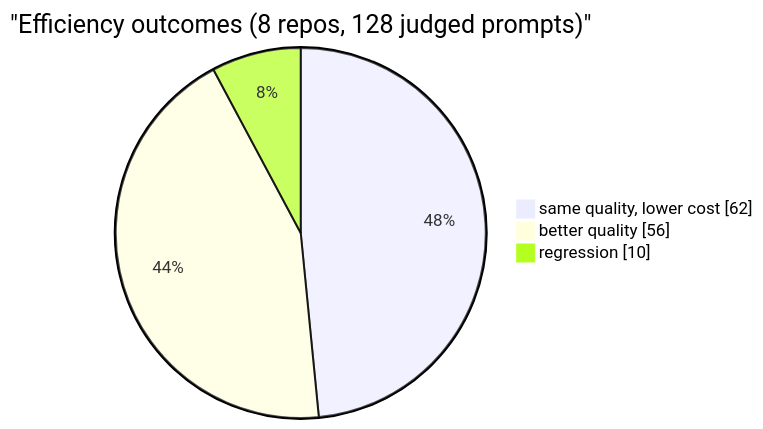
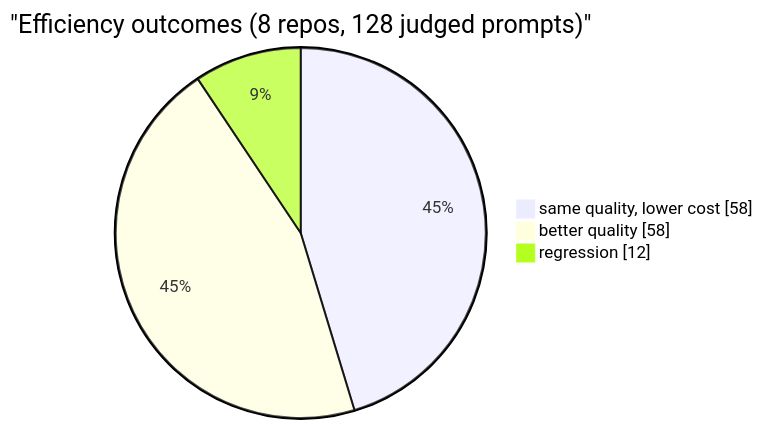
One commit to siropkin/budi changed the second of 2 diagrams in README.md. Above: the diagram before and after it, drawn with Mermaid. The commit also changed other lines of this file and 1 other file, not shown here.

Commit message:
Align benchmark numbers in README and docs with latest validated results.
91% non-regression rate across 128 judged prompts (was 92%/89% inconsistent).
Updated per-repo numbers and pie chart to reflect v3.0.0 validated state.

````diff
--- a/README.md
+++ b/README.md
@@ -46,7 +46,7 @@
 ```mermaid
 pie showData
     title "Efficiency outcomes (8 repos, 128 judged prompts)"
-    "same quality, lower cost" : 62
-    "better quality" : 56
-    "regression" : 10
+    "same quality, lower cost" : 58
+    "better quality" : 58
+    "regression" : 12
 ```
````
